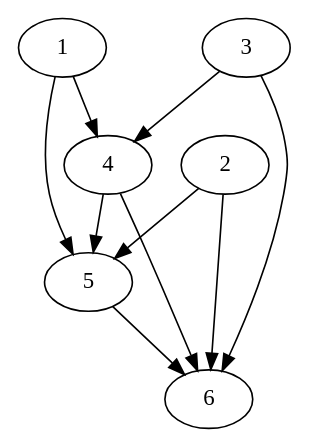
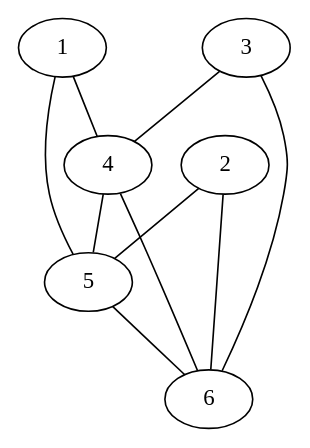
Before and after one commit to junekihong/JumanG: the diagram in dot/serp.dot, drawn with Graphviz. The commit also changed 3 other files, not shown here.

```diff
--- a/dot/serp.dot
+++ b/dot/serp.dot
@@ -1,12 +1,12 @@
-digraph serp {
-  1 -> 4
-  1 -> 5
-  2 -> 5
-  2 -> 6
-  3 -> 4
-  3 -> 6
-  4 -> 5
-  4 -> 6
-  5 -> 6
+graph serp {
+  1 -- 4
+  1 -- 5
+  2 -- 5
+  2 -- 6
+  3 -- 4
+  3 -- 6
+  4 -- 5
+  4 -- 6
+  5 -- 6
   
 }
```
